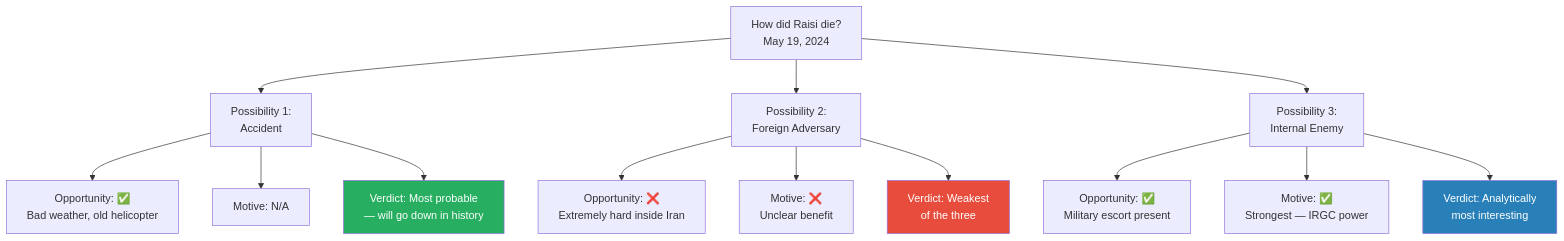
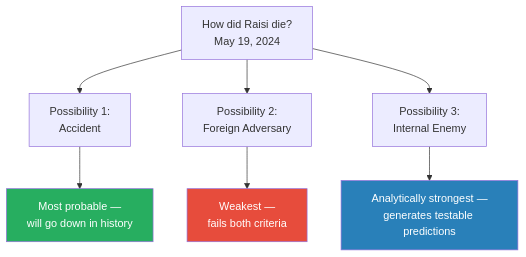
One commit to alius33/reader changed the first of 8 diagrams in summaries/Lectures/Geo-Strategy/07 - Who Killed Iranian President Ebrahim Raisi.md. Above: the diagram before and after it, drawn with Mermaid. The commit also changed other lines of this file and 26 other files, not shown here.

````diff
--- a/summaries/Lectures/Geo-Strategy/07 - Who Killed Iranian President Ebrahim Raisi.md
+++ b/summaries/Lectures/Geo-Strategy/07 - Who Killed Iranian President Ebrahim Raisi.md
@@ -96,19 +83,13 @@
 ```mermaid
 flowchart TB
     Q["How did Raisi die?<br/>May 19, 2024"]
     Q --> P1["Possibility 1:<br/>Accident"]
     Q --> P2["Possibility 2:<br/>Foreign Adversary"]
     Q --> P3["Possibility 3:<br/>Internal Enemy"]
-    P1 --> O1["Opportunity: ✅<br/>Bad weather, old helicopter"]
-    P1 --> M1["Motive: N/A"]
-    P1 --> V1["Verdict: Most probable<br/>— will go down in history"]
-    P2 --> O2["Opportunity: ❌<br/>Extremely hard inside Iran"]
-    P2 --> M2["Motive: ❌<br/>Unclear benefit"]
-    P2 --> V2["Verdict: Weakest<br/>of the three"]
-    P3 --> O3["Opportunity: ✅<br/>Military escort present"]
-    P3 --> M3["Motive: ✅<br/>Strongest — IRGC power"]
-    P3 --> V3["Verdict: Analytically<br/>most interesting"]
+    P1 --> V1["Most probable —<br/>will go down in history"]
+    P2 --> V2["Weakest —<br/>fails both criteria"]
+    P3 --> V3["Analytically strongest —<br/>generates testable predictions"]
     style V1 fill:#27ae60,color:#fff
     style V2 fill:#e74c3c,color:#fff
     style V3 fill:#2980b9,color:#fff
 ```
````
